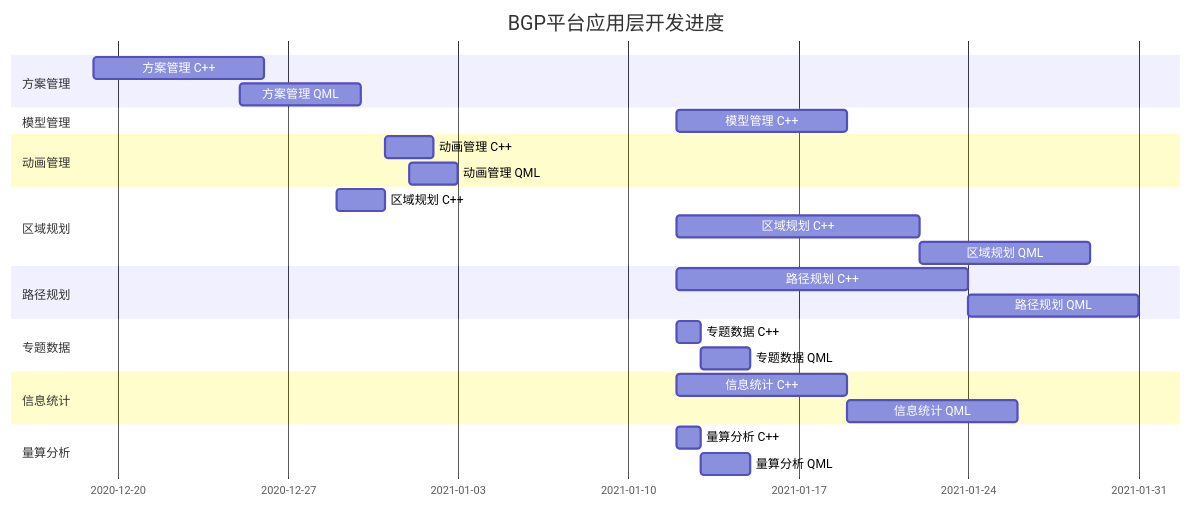
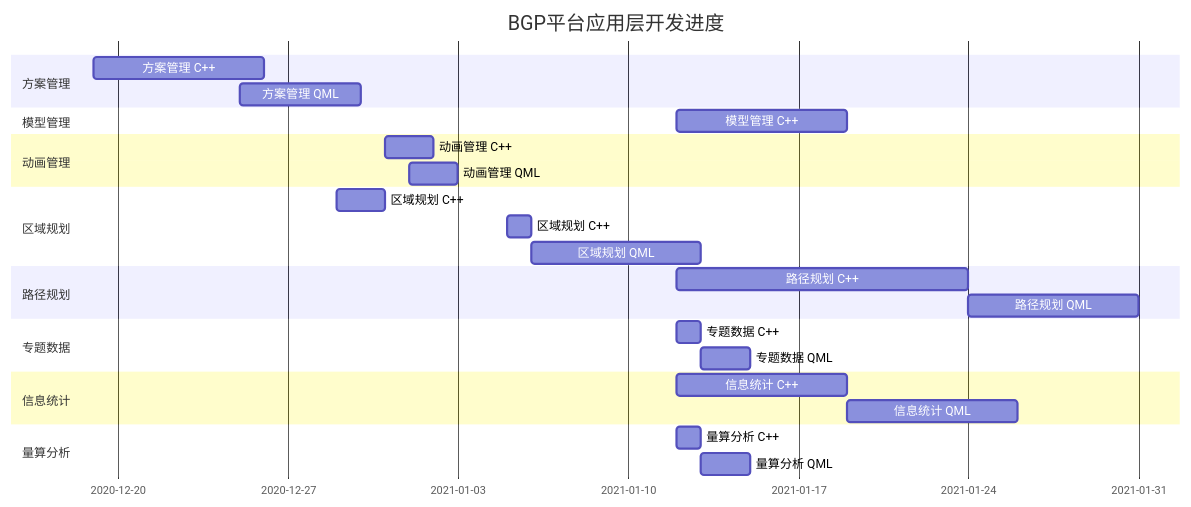
The diagram in Doc/BGP平台应用层开发进度.md (MJYCo-Ltd/Map), drawn with Mermaid before and after one commit. The commit also changed other lines of this file and 6 other files, not shown here.

````diff
--- a/Doc/BGP平台应用层开发进度.md
+++ b/Doc/BGP平台应用层开发进度.md
@@ -13,29 +13,29 @@
 ```mermaid
 gantt
     title BGP平台应用层开发进度
     dateFormat  YYYY-MM-DD
     section 方案管理
     方案管理 C++ :a1, 2020-12-19, 7d
     方案管理 QML :a2 ,2020-12-25, 5d
     section 模型管理
     模型管理 C++ :b1, 2021-01-12, 7d
     section 动画管理
     动画管理 C++ :c1, 2020-12-31, 2d
     动画管理 QML :c2, 2021-01-01, 2d
     section 区域规划
     区域规划 C++ :d1, 2020-12-29  , 2d
-    区域规划 C++ :d1, 2021-01-12  , 10d
+    区域规划 C++ :d1, 2021-01-5  , 1d
     区域规划 QML :after d1, 7d
     section 路径规划
     路径规划 C++ :e1, 2021-01-12  , 12d
     路径规划 QML :after e1, 7d
     section 专题数据
     专题数据 C++ :f1, 2021-01-12  , 1d
     专题数据 QML :after f1, 2d
     section 信息统计
     信息统计 C++ :g1, 2021-01-12  , 7d
     信息统计 QML :after g1, 7d
     section 量算分析
     量算分析 C++ :h1, 2021-01-12  , 1d
     量算分析 QML :after h1, 2d
 ```
````
